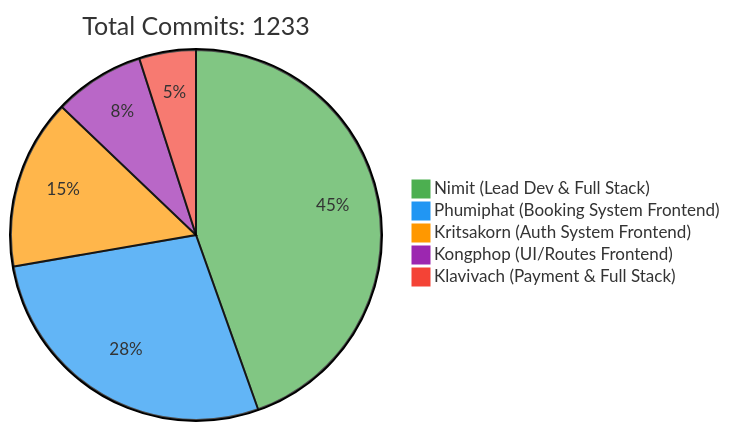
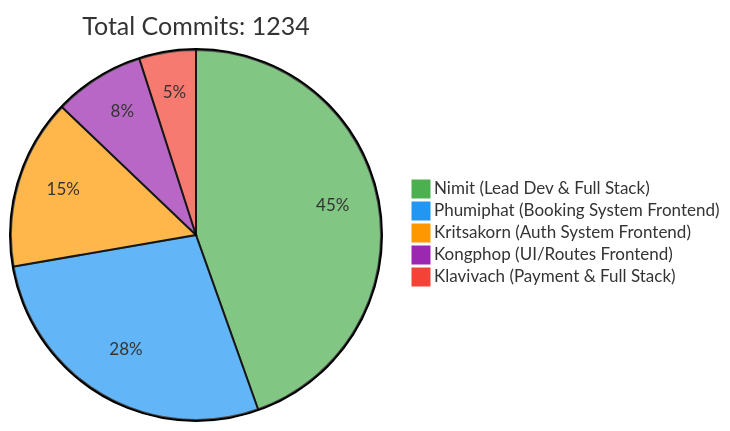
The first of 2 diagrams in README.md (6531503042/Sport-Complex), drawn with Mermaid before and after one commit. The commit also changed other lines of this file, not shown here.

Commit message:
docs: Update contributor statistics [skip ci]

````diff
--- a/README.md
+++ b/README.md
@@ -257,10 +257,10 @@
 ```mermaid
 %%{init: {'theme': 'base', 'themeVariables': { 'pie1': '#4CAF50', 'pie2': '#2196F3', 'pie3': '#FF9800', 'pie4': '#9C27B0', 'pie5': '#F44336'}}}%%
 pie
-    title Total Commits: 1233
+    title Total Commits: 1234
     "Nimit (Lead Dev & Full Stack)" : 450
     "Phumiphat (Booking System Frontend)" : 280
     "Kritsakorn (Auth System Frontend)" : 150
     "Kongphop (UI/Routes Frontend)" : 80
     "Klavivach (Payment & Full Stack)" : 50
 ```
````
